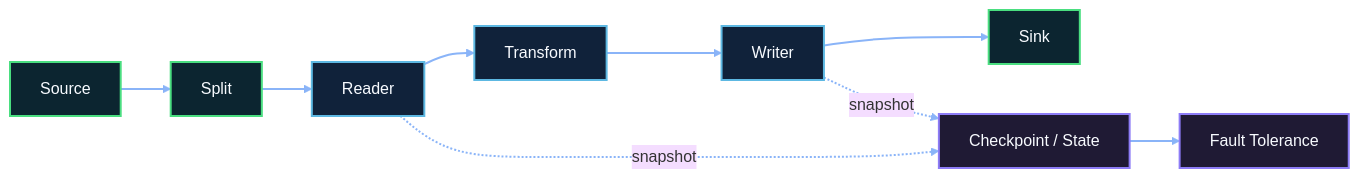
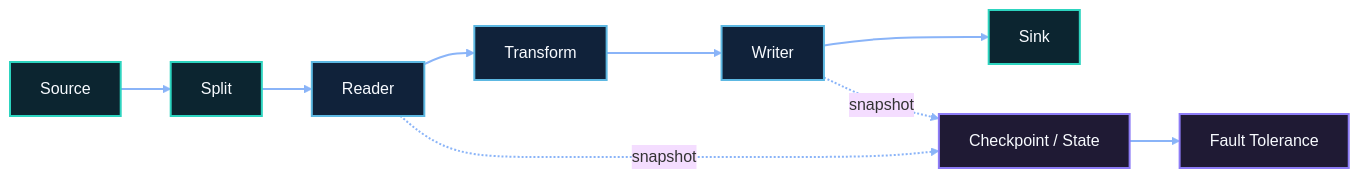
The second of 2 diagrams in versioned_docs/version-2.3.13/introduction/architecture.md (DanielLeens/seatunnel-website), drawn with Mermaid (base theme) before and after one commit. The commit also changed other lines of this file and 1 other file, not shown here.

Commit message:
Switch mermaid connector accents to cyan

````diff
--- a/versioned_docs/version-2.3.13/introduction/architecture.md
+++ b/versioned_docs/version-2.3.13/introduction/architecture.md
@@ -63,16 +63,16 @@
 ```mermaid
 flowchart LR
     source[Source] --> split[Split] --> reader[Reader] --> transform[Transform] --> writer[Writer] --> sink[Sink]
     reader -. snapshot .-> state["Checkpoint / State"]
     writer -. snapshot .-> state
     state --> tolerance["Fault Tolerance"]
 
-    classDef data fill:#0c2530,stroke:#4ade80,stroke-width:2px,color:#f8fbff;
+    classDef data fill:#0c2530,stroke:#2dd4bf,stroke-width:2px,color:#f8fbff;
     classDef runtime fill:#10223a,stroke:#5db8e2,stroke-width:2px,color:#f8fbff;
     classDef guard fill:#1f1a34,stroke:#8d7cf6,stroke-width:2px,color:#f8fbff;
 
     class source,split,sink data;
     class reader,transform,writer runtime;
     class state,tolerance guard;
     linkStyle default stroke:#8ab4f8,stroke-width:2px;
 ```
````
